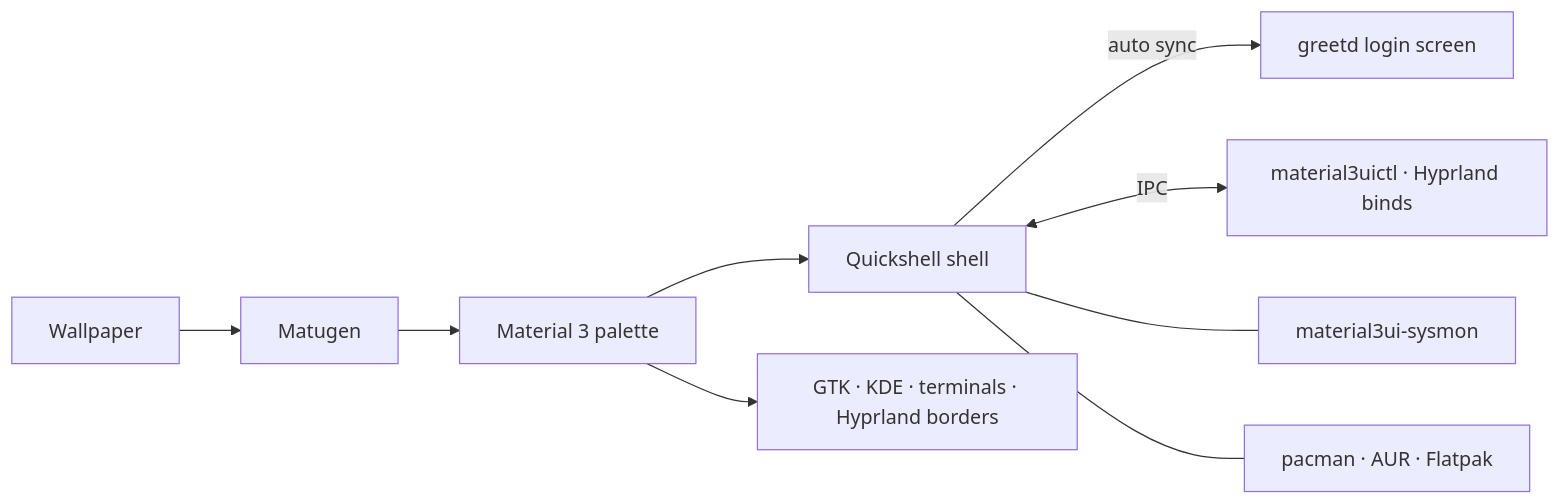
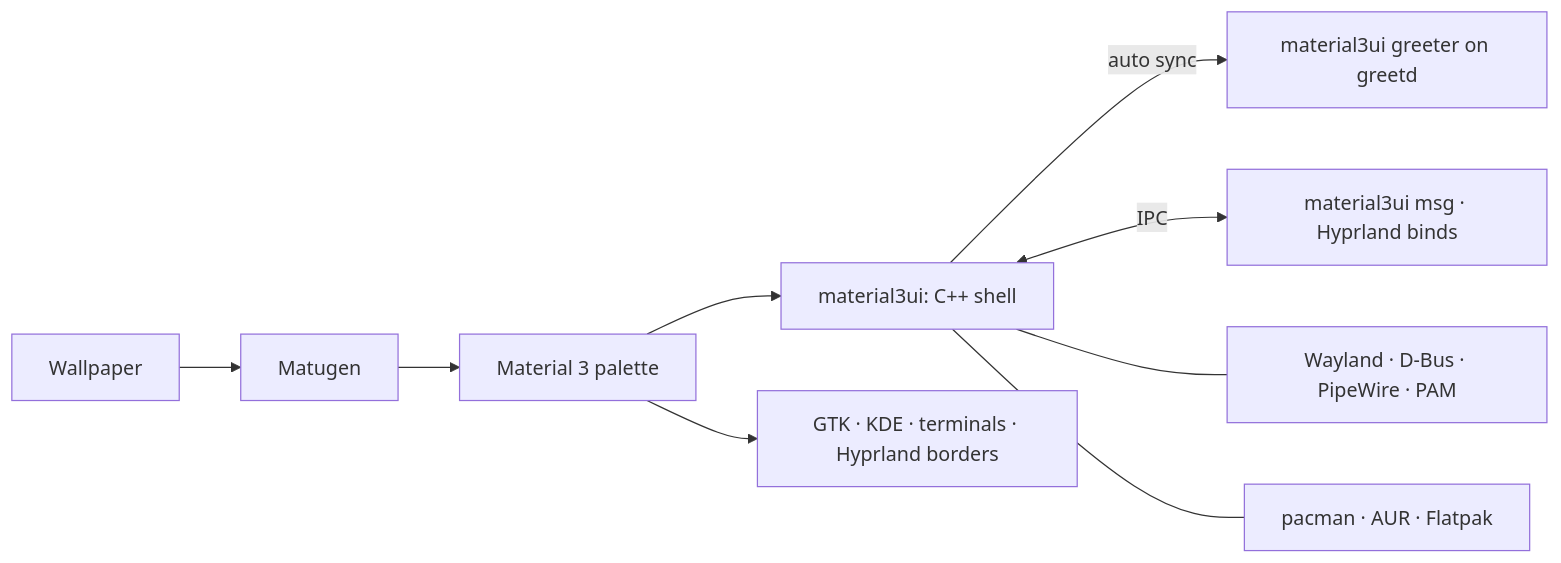
One commit to Abijspy/material3-android-shell changed the diagram in README.md. Above: the diagram before and after it, drawn with Mermaid. The commit also changed other lines of this file and 658 other files, not shown here.

First line of the commit message:
release: v4.0.0, the native shell replaces Quickshell

````diff
--- a/README.md
+++ b/README.md
@@ -151,10 +161,10 @@
 ```mermaid
 flowchart LR
     W[Wallpaper] --> M[Matugen] --> P[Material 3 palette]
-    P --> S[Quickshell shell]
+    P --> S[material3ui: C++ shell]
     P --> A[GTK · KDE · terminals · Hyprland borders]
-    S -- auto sync --> G[greetd login screen]
-    S <-- IPC --> C[material3uictl · Hyprland binds]
-    S --- D[material3ui-sysmon]
+    S -- auto sync --> G[material3ui greeter on greetd]
+    S <-- IPC --> C[material3ui msg · Hyprland binds]
+    S --- X[Wayland · D-Bus · PipeWire · PAM]
     S --- U[pacman · AUR · Flatpak]
 ```
````
